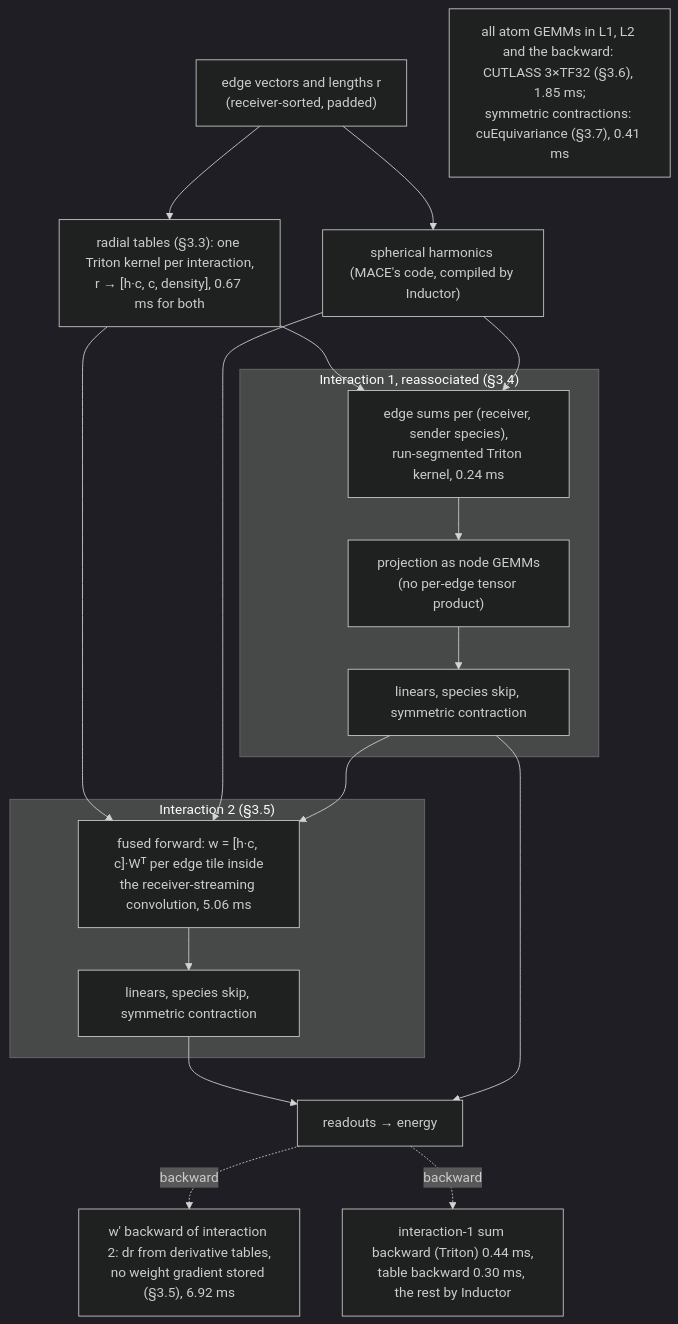
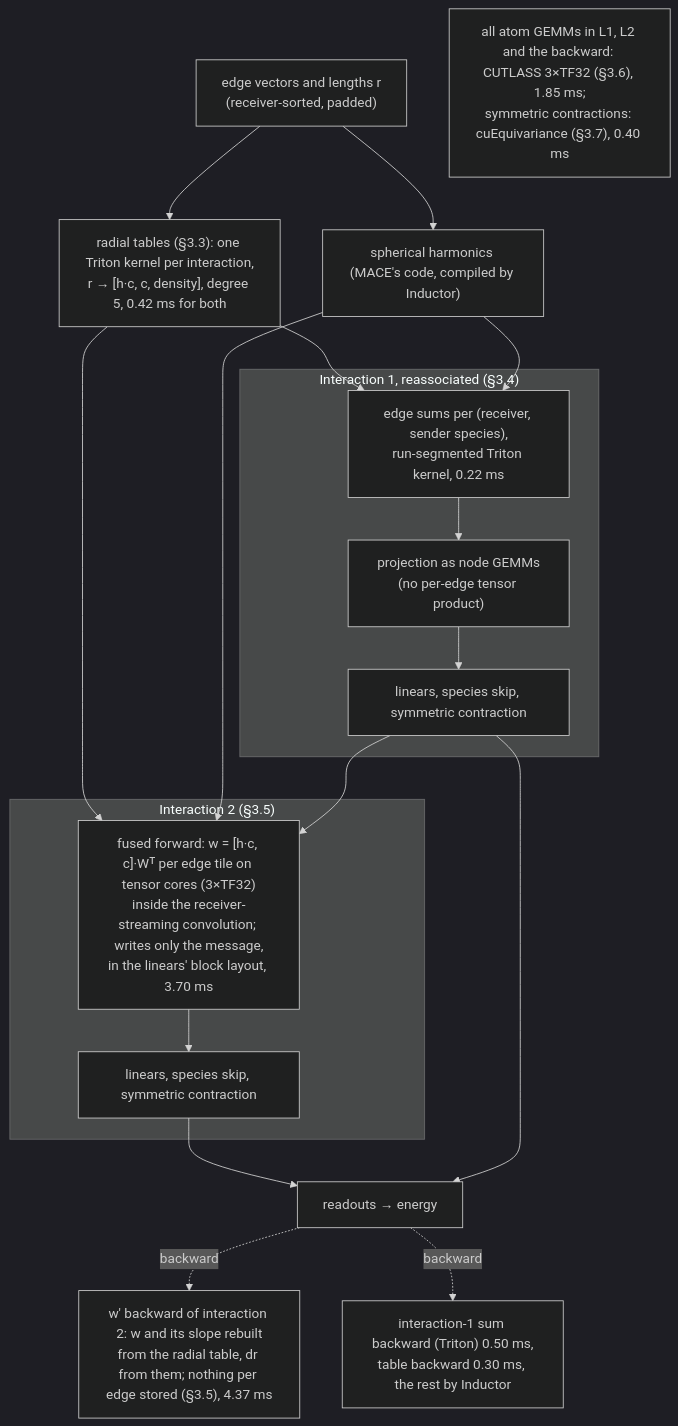
The fourth of 7 diagrams in docs/validation/omat0-a100-optimisations.md (FZWINGEL-UBT/FastMACE), drawn with Mermaid (dark theme) before and after one commit. The commit also changed other lines of this file, not shown here.

Commit message:
omat0-a100-optimisations.md: whole-system path at 4b70e3f2 (tensor-core fused forward, TABLE_W, BLOCK_MESSAGE, degree-5 tables, skip-zero column), with their origins and the 4 November A100 profile

````diff
--- a/docs/validation/omat0-a100-optimisations.md
+++ b/docs/validation/omat0-a100-optimisations.md
@@ -115,22 +110,22 @@
 ```mermaid
 flowchart TB
-  E["edge vectors and lengths r<br/>(receiver-sorted, padded)"] --> TAB["radial tables (§3.3): one Triton kernel per interaction,<br/>r → [h·c, c, density], 0.67 ms for both"]
+  E["edge vectors and lengths r<br/>(receiver-sorted, padded)"] --> TAB["radial tables (§3.3): one Triton kernel per interaction,<br/>r → [h·c, c, density], degree 5, 0.42 ms for both"]
   E --> Y["spherical harmonics (MACE's code, compiled by Inductor)"]
   subgraph INT1["Interaction 1, reassociated (§3.4)"]
-    OS["edge sums per (receiver, sender species),<br/>run-segmented Triton kernel, 0.24 ms"] --> NG1["projection as node GEMMs<br/>(no per-edge tensor product)"]
+    OS["edge sums per (receiver, sender species),<br/>run-segmented Triton kernel, 0.22 ms"] --> NG1["projection as node GEMMs<br/>(no per-edge tensor product)"]
     NG1 --> L1["linears, species skip, symmetric contraction"]
   end
   subgraph INT2["Interaction 2 (§3.5)"]
-    FF["fused forward: w = [h·c, c]·Wᵀ per edge tile inside<br/>the receiver-streaming convolution, 5.06 ms"] --> L2["linears, species skip, symmetric contraction"]
+    FF["fused forward: w = [h·c, c]·Wᵀ per edge tile on tensor cores (3×TF32)<br/>inside the receiver-streaming convolution; writes only the message,<br/>in the linears' block layout, 3.70 ms"] --> L2["linears, species skip, symmetric contraction"]
   end
   TAB --> OS
   Y --> OS
   TAB --> FF
   Y --> FF
   L1 --> FF
   L2 --> EN["readouts → energy"]
   L1 --> EN
-  EN -. "backward" .-> WB["w′ backward of interaction 2: dr from derivative tables,<br/>no weight gradient stored (§3.5), 6.92 ms"]
-  EN -. "backward" .-> OB["interaction-1 sum backward (Triton) 0.44 ms,<br/>table backward 0.30 ms, the rest by Inductor"]
-  NOTE["all atom GEMMs in L1, L2 and the backward: CUTLASS 3×TF32 (§3.6), 1.85 ms;<br/>symmetric contractions: cuEquivariance (§3.7), 0.41 ms"]
+  EN -. "backward" .-> WB["w′ backward of interaction 2: w and its slope rebuilt<br/>from the radial table, dr from them; nothing per edge stored (§3.5), 4.37 ms"]
+  EN -. "backward" .-> OB["interaction-1 sum backward (Triton) 0.50 ms,<br/>table backward 0.30 ms, the rest by Inductor"]
+  NOTE["all atom GEMMs in L1, L2 and the backward: CUTLASS 3×TF32 (§3.6), 1.85 ms;<br/>symmetric contractions: cuEquivariance (§3.7), 0.40 ms"]
 ```
````
